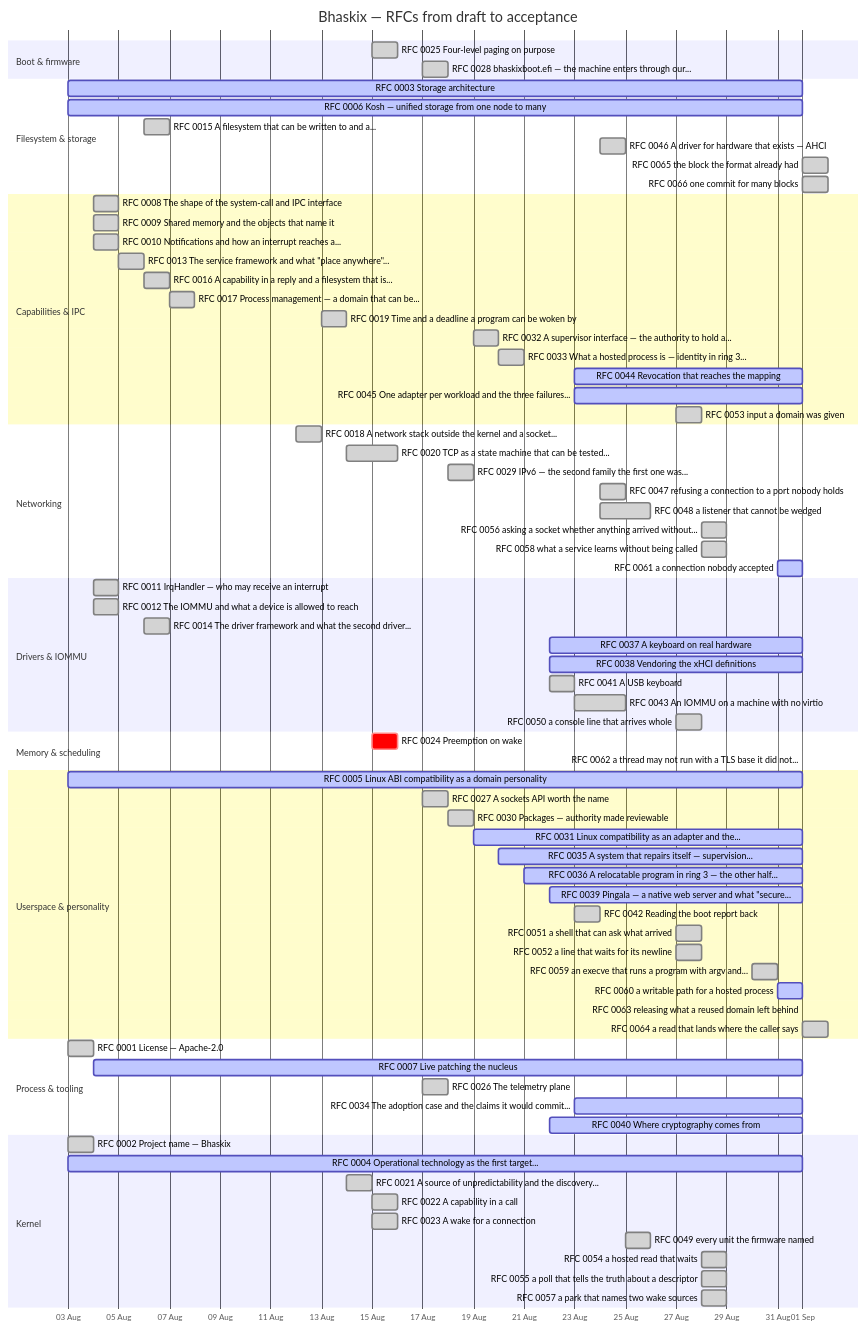
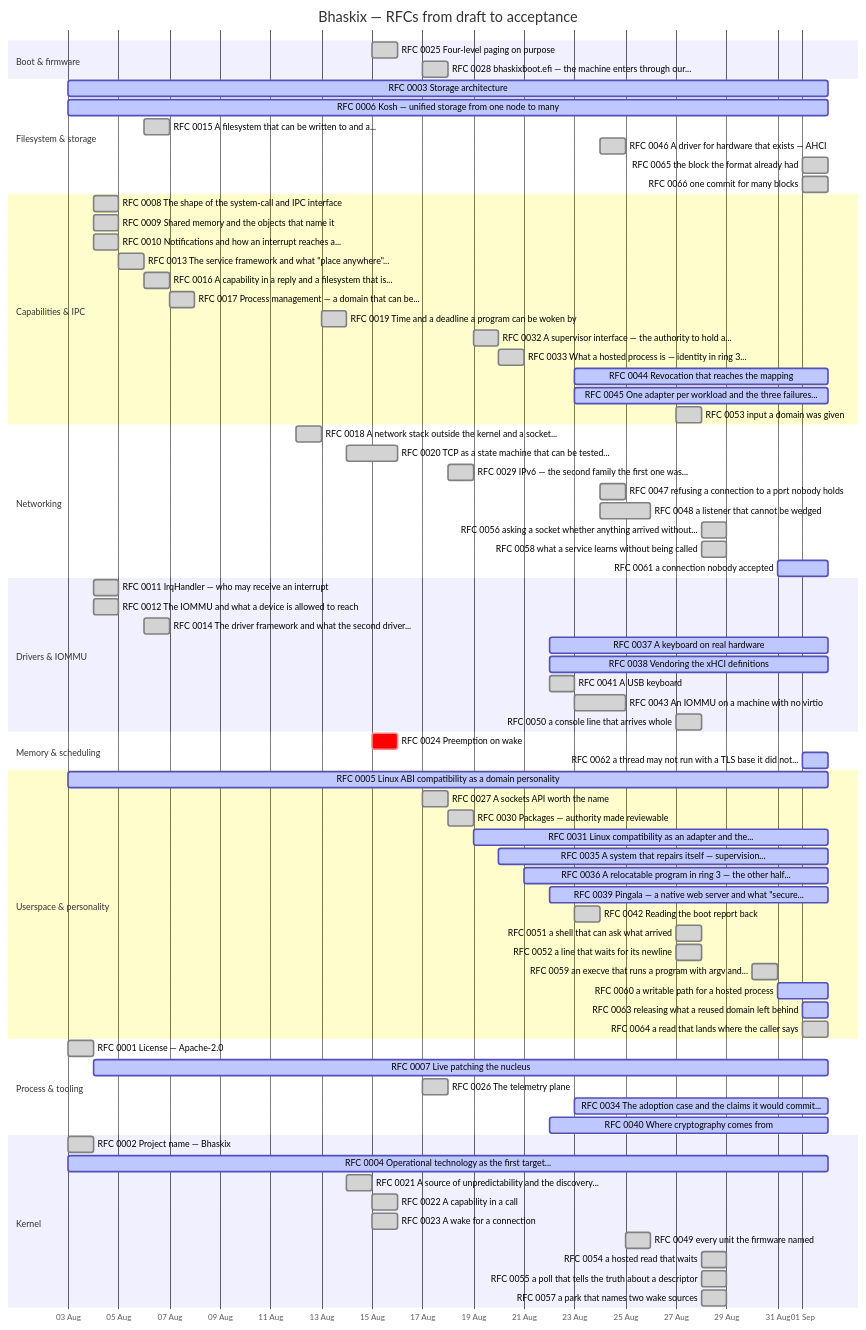
The diagram in docs/progress.md (bhaskix/bhaskix), drawn with Mermaid before and after one commit. The commit also changed other lines of this file and 4 other files, not shown here.

````diff
--- a/docs/progress.md
+++ b/docs/progress.md
@@ -24,82 +24,82 @@
 ```mermaid
 gantt
     title Bhaskix — RFCs from draft to acceptance
     dateFormat YYYY-MM-DD
     axisFormat %d %b
     todayMarker off
     section Boot & firmware
     RFC 0025 Four-level paging on purpose :done, r0025, 2026-08-15, 2026-08-16
     RFC 0028 bhaskixboot.efi — the machine enters through our... :done, r0028, 2026-08-17, 2026-08-18
     section Filesystem & storage
-    RFC 0003 Storage architecture :active, r0003, 2026-08-03, 2026-09-01
-    RFC 0006 Kosh — unified storage from one node to many :active, r0006, 2026-08-03, 2026-09-01
+    RFC 0003 Storage architecture :active, r0003, 2026-08-03, 2026-09-02
+    RFC 0006 Kosh — unified storage from one node to many :active, r0006, 2026-08-03, 2026-09-02
     RFC 0015 A filesystem that can be written to and a... :done, r0015, 2026-08-06, 1d
     RFC 0046 A driver for hardware that exists — AHCI :done, r0046, 2026-08-24, 1d
     RFC 0065 the block the format already had :done, r0065, 2026-09-01, 1d
     RFC 0066 one commit for many blocks :done, r0066, 2026-09-01, 1d
     section Capabilities & IPC
     RFC 0008 The shape of the system-call and IPC interface :done, r0008, 2026-08-04, 1d
     RFC 0009 Shared memory and the objects that name it :done, r0009, 2026-08-04, 1d
     RFC 0010 Notifications and how an interrupt reaches a... :done, r0010, 2026-08-04, 1d
     RFC 0013 The service framework and what "place anywhere"... :done, r0013, 2026-08-05, 1d
     RFC 0016 A capability in a reply and a filesystem that is... :done, r0016, 2026-08-06, 2026-08-07
     RFC 0017 Process management — a domain that can be... :done, r0017, 2026-08-07, 1d
     RFC 0019 Time and a deadline a program can be woken by :done, r0019, 2026-08-13, 2026-08-14
     RFC 0032 A supervisor interface — the authority to hold a... :done, r0032, 2026-08-19, 2026-08-20
     RFC 0033 What a hosted process is — identity in ring 3... :done, r0033, 2026-08-20, 1d
-    RFC 0044 Revocation that reaches the mapping :active, r0044, 2026-08-23, 2026-09-01
-    RFC 0045 One adapter per workload and the three failures... :active, r0045, 2026-08-23, 2026-09-01
+    RFC 0044 Revocation that reaches the mapping :active, r0044, 2026-08-23, 2026-09-02
+    RFC 0045 One adapter per workload and the three failures... :active, r0045, 2026-08-23, 2026-09-02
     RFC 0053 input a domain was given :done, r0053, 2026-08-27, 1d
     section Networking
     RFC 0018 A network stack outside the kernel and a socket... :done, r0018, 2026-08-12, 2026-08-13
     RFC 0020 TCP as a state machine that can be tested... :done, r0020, 2026-08-14, 2026-08-16
     RFC 0029 IPv6 — the second family the first one was... :done, r0029, 2026-08-18, 1d
     RFC 0047 refusing a connection to a port nobody holds :done, r0047, 2026-08-24, 1d
     RFC 0048 a listener that cannot be wedged :done, r0048, 2026-08-24, 2026-08-26
     RFC 0056 asking a socket whether anything arrived without... :done, r0056, 2026-08-28, 1d
     RFC 0058 what a service learns without being called :done, r0058, 2026-08-28, 1d
-    RFC 0061 a connection nobody accepted :active, r0061, 2026-08-31, 2026-09-01
+    RFC 0061 a connection nobody accepted :active, r0061, 2026-08-31, 2026-09-02
     section Drivers & IOMMU
     RFC 0011 IrqHandler — who may receive an interrupt :done, r0011, 2026-08-04, 1d
     RFC 0012 The IOMMU and what a device is allowed to reach :done, r0012, 2026-08-04, 1d
     RFC 0014 The driver framework and what the second driver... :done, r0014, 2026-08-06, 1d
-    RFC 0037 A keyboard on real hardware :active, r0037, 2026-08-22, 2026-09-01
-    RFC 0038 Vendoring the xHCI definitions :active, r0038, 2026-08-22, 2026-09-01
+    RFC 0037 A keyboard on real hardware :active, r0037, 2026-08-22, 2026-09-02
+    RFC 0038 Vendoring the xHCI definitions :active, r0038, 2026-08-22, 2026-09-02
     RFC 0041 A USB keyboard :done, r0041, 2026-08-22, 2026-08-23
     RFC 0043 An IOMMU on a machine with no virtio :done, r0043, 2026-08-23, 2026-08-25
     RFC 0050 a console line that arrives whole :done, r0050, 2026-08-27, 1d
     section Memory & scheduling
     RFC 0024 Preemption on wake :crit, r0024, 2026-08-15, 1d
-    RFC 0062 a thread may not run with a TLS base it did not... :active, r0062, 2026-09-01, 2026-09-01
+    RFC 0062 a thread may not run with a TLS base it did not... :active, r0062, 2026-09-01, 2026-09-02
     section Userspace & personality
-    RFC 0005 Linux ABI compatibility as a domain personality :active, r0005, 2026-08-03, 2026-09-01
+    RFC 0005 Linux ABI compatibility as a domain personality :active, r0005, 2026-08-03, 2026-09-02
     RFC 0027 A sockets API worth the name :done, r0027, 2026-08-17, 1d
     RFC 0030 Packages — authority made reviewable :done, r0030, 2026-08-18, 2026-08-19
-    RFC 0031 Linux compatibility as an adapter and the... :active, r0031, 2026-08-19, 2026-09-01
-    RFC 0035 A system that repairs itself — supervision... :active, r0035, 2026-08-20, 2026-09-01
-    RFC 0036 A relocatable program in ring 3 — the other half... :active, r0036, 2026-08-21, 2026-09-01
-    RFC 0039 Pingala — a native web server and what "secure... :active, r0039, 2026-08-22, 2026-09-01
+    RFC 0031 Linux compatibility as an adapter and the... :active, r0031, 2026-08-19, 2026-09-02
+    RFC 0035 A system that repairs itself — supervision... :active, r0035, 2026-08-20, 2026-09-02
+    RFC 0036 A relocatable program in ring 3 — the other half... :active, r0036, 2026-08-21, 2026-09-02
+    RFC 0039 Pingala — a native web server and what "secure... :active, r0039, 2026-08-22, 2026-09-02
     RFC 0042 Reading the boot report back :done, r0042, 2026-08-23, 1d
     RFC 0051 a shell that can ask what arrived :done, r0051, 2026-08-27, 1d
     RFC 0052 a line that waits for its newline :done, r0052, 2026-08-27, 1d
     RFC 0059 an execve that runs a program with argv and... :done, r0059, 2026-08-30, 1d
-    RFC 0060 a writable path for a hosted process :active, r0060, 2026-08-31, 2026-09-01
-    RFC 0063 releasing what a reused domain left behind :active, r0063, 2026-09-01, 2026-09-01
+    RFC 0060 a writable path for a hosted process :active, r0060, 2026-08-31, 2026-09-02
+    RFC 0063 releasing what a reused domain left behind :active, r0063, 2026-09-01, 2026-09-02
     RFC 0064 a read that lands where the caller says :done, r0064, 2026-09-01, 1d
     section Process & tooling
     RFC 0001 License — Apache-2.0 :done, r0001, 2026-08-03, 1d
-    RFC 0007 Live patching the nucleus :active, r0007, 2026-08-04, 2026-09-01
+    RFC 0007 Live patching the nucleus :active, r0007, 2026-08-04, 2026-09-02
     RFC 0026 The telemetry plane :done, r0026, 2026-08-17, 1d
-    RFC 0034 The adoption case and the claims it would commit... :active, r0034, 2026-08-23, 2026-09-01
-    RFC 0040 Where cryptography comes from :active, r0040, 2026-08-22, 2026-09-01
+    RFC 0034 The adoption case and the claims it would commit... :active, r0034, 2026-08-23, 2026-09-02
+    RFC 0040 Where cryptography comes from :active, r0040, 2026-08-22, 2026-09-02
     section Kernel
     RFC 0002 Project name — Bhaskix :done, r0002, 2026-08-03, 1d
-    RFC 0004 Operational technology as the first target... :active, r0004, 2026-08-03, 2026-09-01
+    RFC 0004 Operational technology as the first target... :active, r0004, 2026-08-03, 2026-09-02
     RFC 0021 A source of unpredictability and the discovery... :done, r0021, 2026-08-14, 1d
     RFC 0022 A capability in a call :done, r0022, 2026-08-15, 2026-08-16
     RFC 0023 A wake for a connection :done, r0023, 2026-08-15, 2026-08-16
     RFC 0049 every unit the firmware named :done, r0049, 2026-08-25, 1d
     RFC 0054 a hosted read that waits :done, r0054, 2026-08-28, 1d
     RFC 0055 a poll that tells the truth about a descriptor :done, r0055, 2026-08-28, 1d
     RFC 0057 a park that names two wake sources :done, r0057, 2026-08-28, 1d
 ```
````
